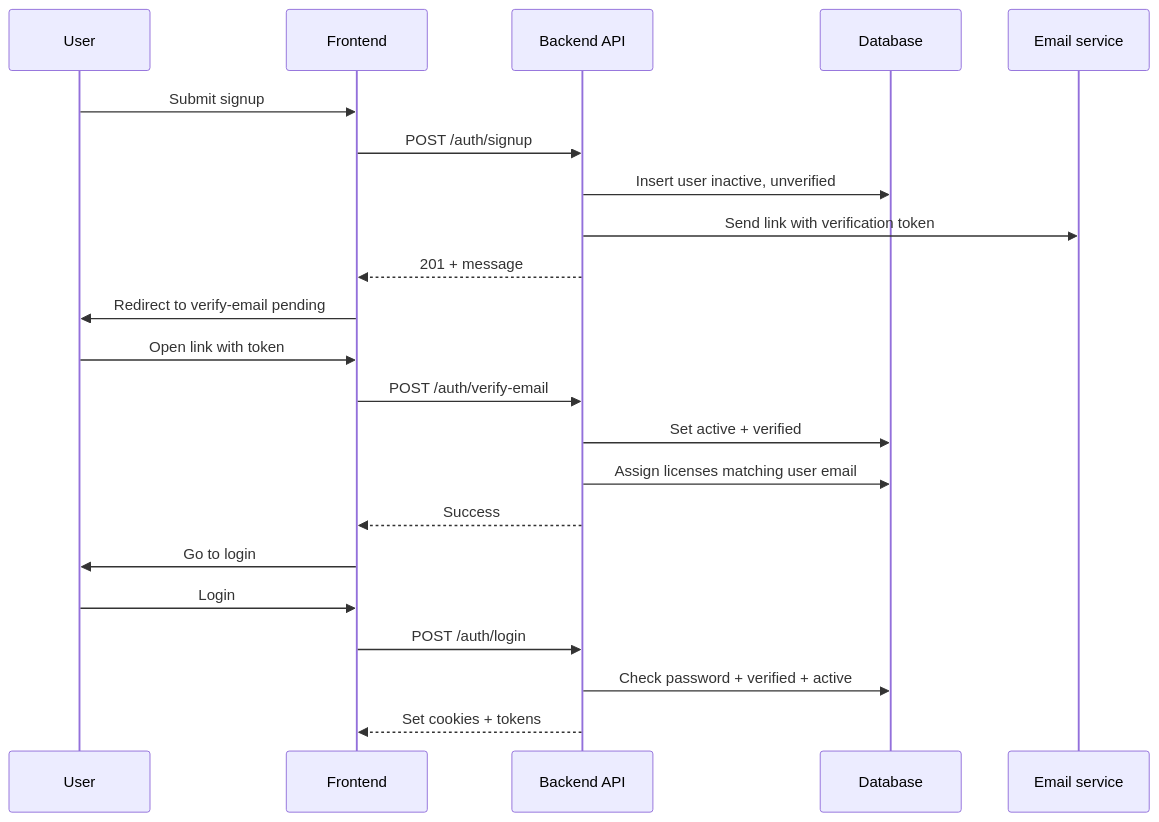
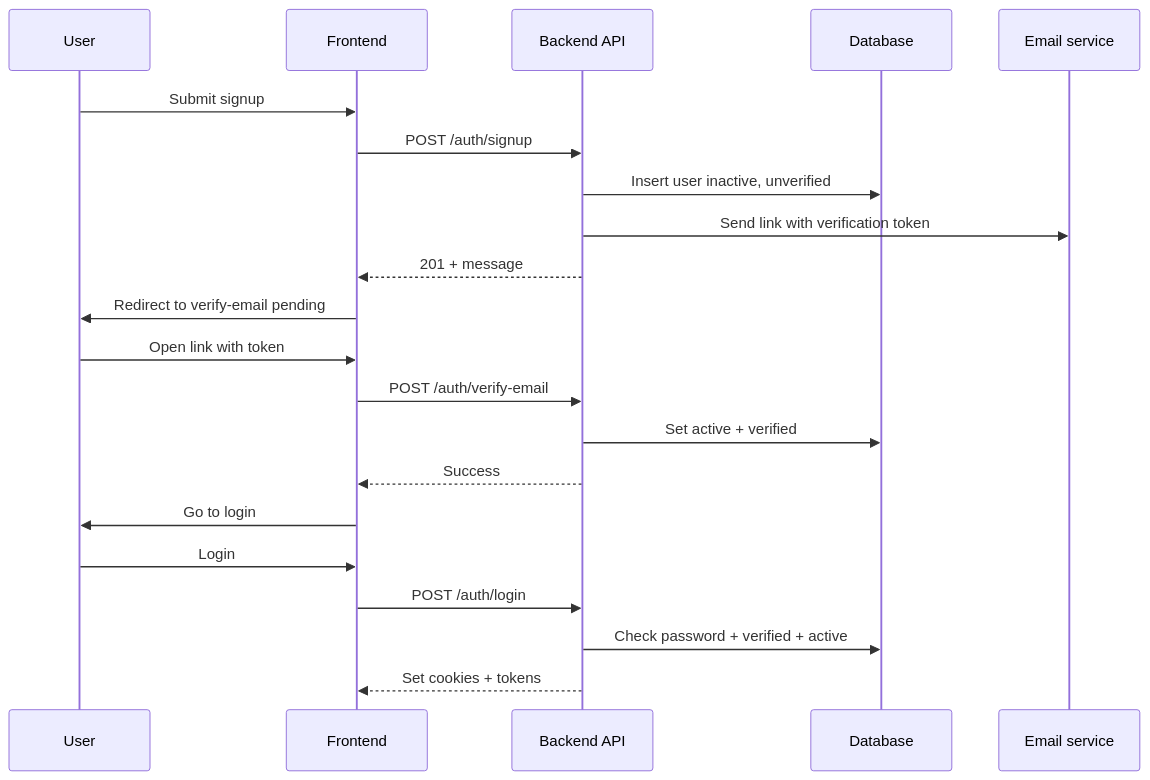
Before and after one commit to josephnguyen-macusaone/abc-dashboard: the second of 3 diagrams in frontend/docs/guides/signup-and-email-verification.md, drawn with Mermaid. The commit also changed other lines of this file and 53 other files, not shown here.

First line of the commit message:
refactor(licenses): remove auto-assign licenses functionality and update related logic

````diff
--- a/frontend/docs/guides/signup-and-email-verification.md
+++ b/frontend/docs/guides/signup-and-email-verification.md
@@ -52,27 +51,26 @@
 ```mermaid
 sequenceDiagram
   participant U as User
   participant FE as Frontend
   participant API as Backend API
   participant DB as Database
   participant Mail as Email service
 
   U->>FE: Submit signup
   FE->>API: POST /auth/signup
   API->>DB: Insert user inactive, unverified
   API->>Mail: Send link with verification token
   API-->>FE: 201 + message
   FE->>U: Redirect to verify-email pending
 
   U->>FE: Open link with token
   FE->>API: POST /auth/verify-email
   API->>DB: Set active + verified
-  API->>DB: Assign licenses matching user email
   API-->>FE: Success
   FE->>U: Go to login
 
   U->>FE: Login
   FE->>API: POST /auth/login
   API->>DB: Check password + verified + active
   API-->>FE: Set cookies + tokens
 ```
````
